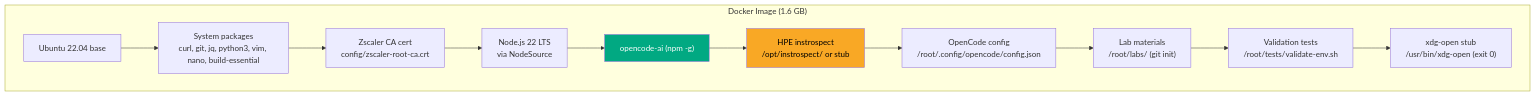
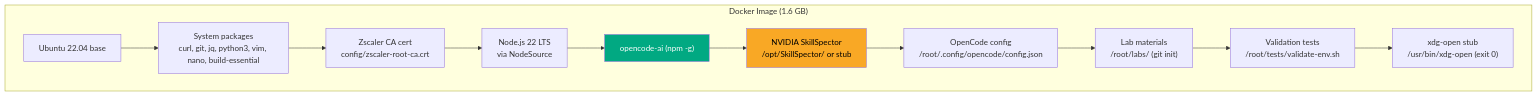
One commit to jbsparks/hackshack-openwork-poc changed the second of 14 diagrams in ARCHITECTURE.md. Above: the diagram before and after it, drawn with Mermaid. The commit also changed other lines of this file and 23 other files, not shown here.

````diff
--- a/ARCHITECTURE.md
+++ b/ARCHITECTURE.md
@@ -59,20 +59,20 @@
 ```mermaid
 graph TB
     subgraph "Docker Image (1.6 GB)"
         L1["Ubuntu 22.04 base"]
         L2["System packages<br/>curl, git, jq, python3, vim, nano, build-essential"]
         L3["Zscaler CA cert<br/>config/zscaler-root-ca.crt"]
         L4["Node.js 22 LTS<br/>via NodeSource"]
         L5["opencode-ai (npm -g)"]
-        L6["HPE instrospect<br/>/opt/instrospect/ or stub"]
+        L6["NVIDIA SkillSpector<br/>/opt/SkillSpector/ or stub"]
         L7["OpenCode config<br/>/root/.config/opencode/config.json"]
         L8["Lab materials<br/>/root/labs/ (git init)"]
         L9["Validation tests<br/>/root/tests/validate-env.sh"]
         L10["xdg-open stub<br/>/usr/bin/xdg-open (exit 0)"]
     end
 
     L1 --> L2 --> L3 --> L4 --> L5 --> L6 --> L7 --> L8 --> L9 --> L10
 
     style L5 fill:#01A982,color:#fff
     style L6 fill:#f9a825,color:#000
 ```
````
